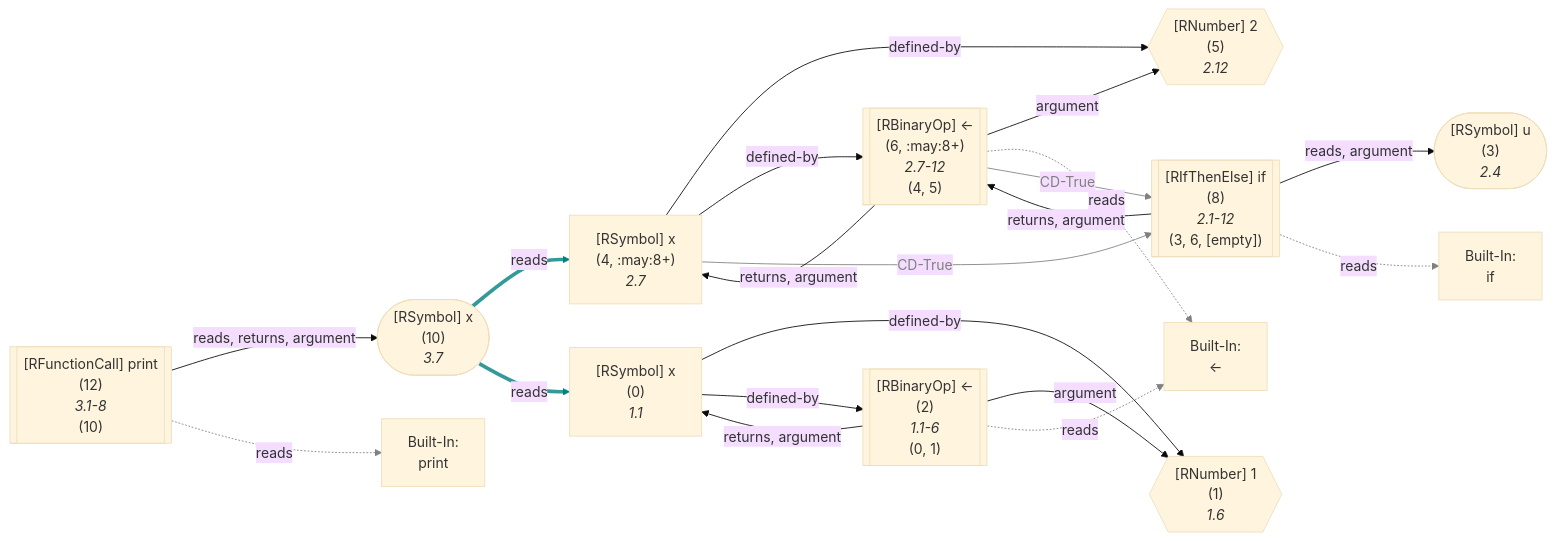
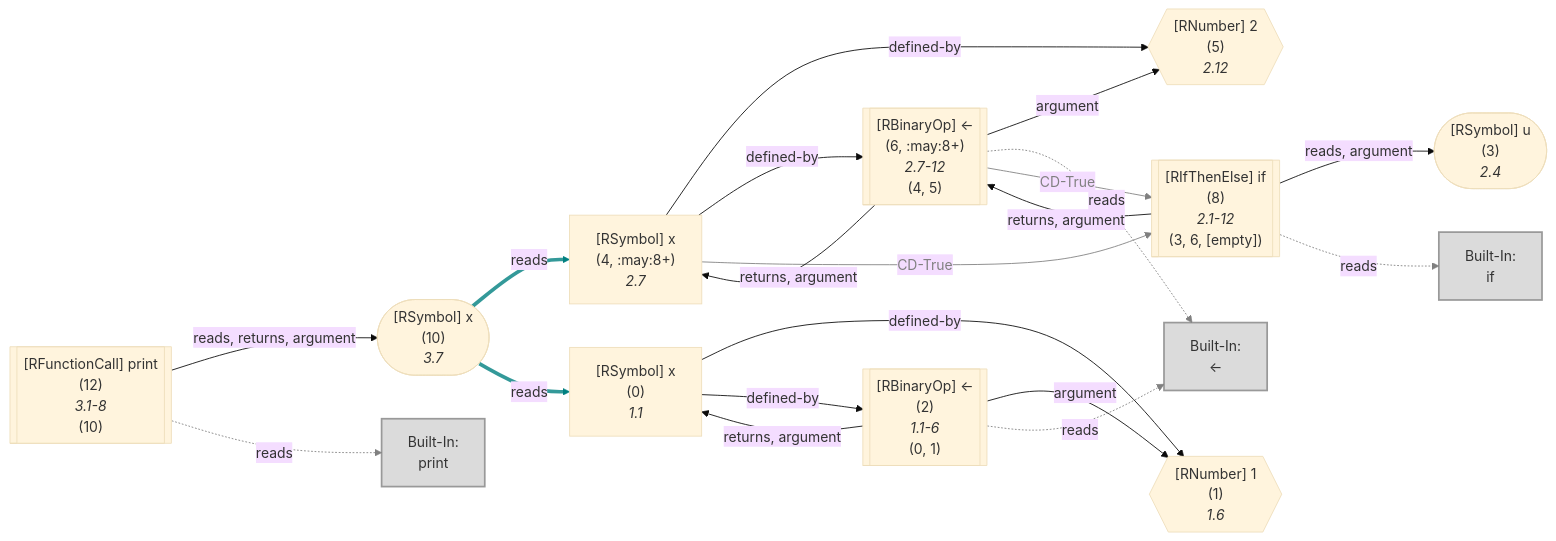
One commit to flowr-analysis/flowr changed the ninth of 48 diagrams in wiki/Dataflow Graph.md. Above: the diagram before and after it, drawn with Mermaid (base theme). The commit also changed other lines of this file and 4 other files, not shown here.

````diff
--- a/wiki/Dataflow Graph.md
+++ b/wiki/Dataflow Graph.md
@@ -884,70 +903,73 @@
 ```mermaid
 flowchart LR
     1{{"`#91;RNumber#93; 1
       (1)
       *1.6*`"}}
     0["`#91;RSymbol#93; x
       (0)
       *1.1*`"]
     2[["`#91;RBinaryOp#93; #60;#45;
       (2)
       *1.1-6*
     (0, 1)`"]]
     built-in:_-["`Built-In:
 #60;#45;`"]
+    style built-in:_- stroke:gray,fill:lightgray,stroke-width:2px,opacity:.8;
     3(["`#91;RSymbol#93; u
       (3)
       *2.4*`"])
     5{{"`#91;RNumber#93; 2
       (5)
       *2.12*`"}}
     4["`#91;RSymbol#93; x
       (4, :may:8+)
       *2.7*`"]
     6[["`#91;RBinaryOp#93; #60;#45;
       (6, :may:8+)
       *2.7-12*
     (4, 5)`"]]
     8[["`#91;RIfThenElse#93; if
       (8)
       *2.1-12*
     (3, 6, [empty])`"]]
     built-in:if["`Built-In:
 if`"]
+    style built-in:if stroke:gray,fill:lightgray,stroke-width:2px,opacity:.8;
     10(["`#91;RSymbol#93; x
       (10)
       *3.7*`"])
     12[["`#91;RFunctionCall#93; print
       (12)
       *3.1-8*
     (10)`"]]
     built-in:print["`Built-In:
 print`"]
+    style built-in:print stroke:gray,fill:lightgray,stroke-width:2px,opacity:.8;
     0 -->|"defined-by"| 1
     0 -->|"defined-by"| 2
     2 -->|"argument"| 1
     2 -->|"returns, argument"| 0
     2 -.->|"reads"| built-in:_-
     linkStyle 4 stroke:gray;
     4 -->|"defined-by"| 5
     4 -->|"defined-by"| 6
     4 -->|"CD-True"| 8
     linkStyle 7 stroke:gray,color:gray;
     6 -->|"argument"| 5
     6 -->|"returns, argument"| 4
     6 -.->|"reads"| built-in:_-
     linkStyle 10 stroke:gray;
     6 -->|"CD-True"| 8
     linkStyle 11 stroke:gray,color:gray;
     8 -->|"returns, argument"| 6
     8 -->|"reads, argument"| 3
     8 -.->|"reads"| built-in:if
     linkStyle 14 stroke:gray;
     10 -->|"reads"| 4
     linkStyle 15 stroke:teal,stroke-width:4.2px,stroke-opacity:.8
     10 -->|"reads"| 0
     linkStyle 16 stroke:teal,stroke-width:4.2px,stroke-opacity:.8
     12 -->|"reads, returns, argument"| 10
     12 -.->|"reads"| built-in:print
     linkStyle 18 stroke:gray;
 ```
````
